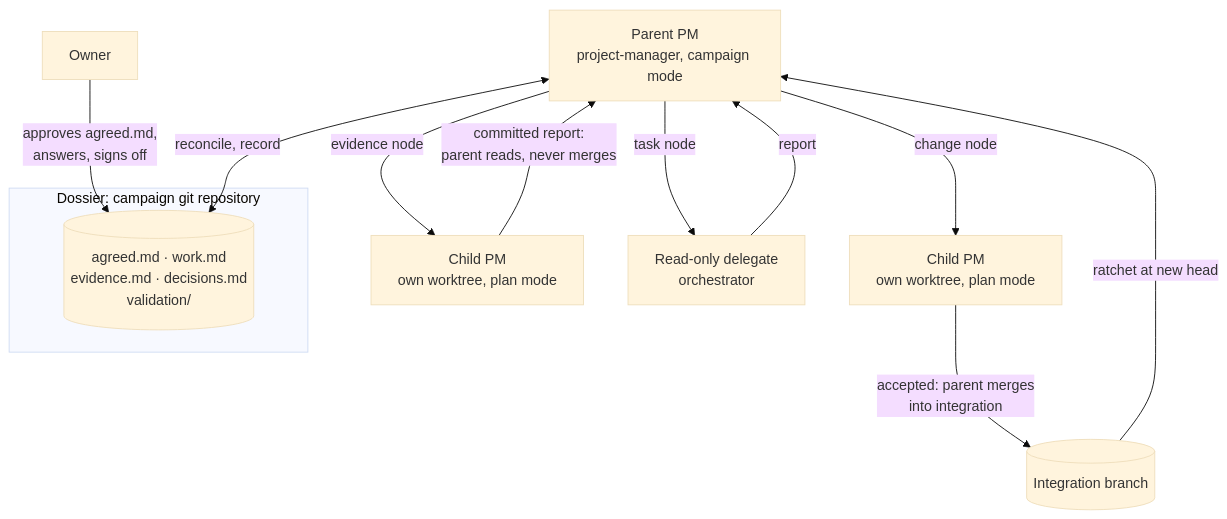
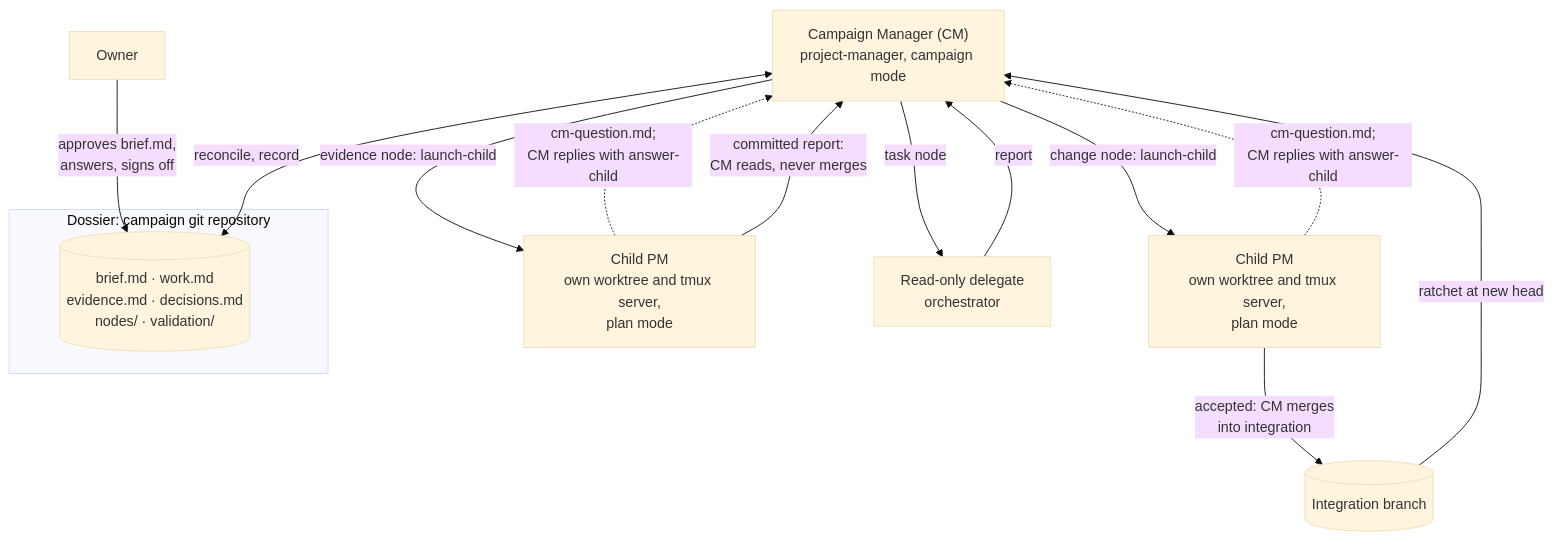
Before and after one commit to darrencroton/mimic: the first of 3 diagrams in docs/dev/MIMIC-MODEL-BUILDER-PROTOTYPE.md, drawn with Mermaid (base theme). The commit also changed other lines of this file and 1 other file, not shown here.

````diff
--- a/docs/dev/MIMIC-MODEL-BUILDER-PROTOTYPE.md
+++ b/docs/dev/MIMIC-MODEL-BUILDER-PROTOTYPE.md
@@ -67,15 +69,16 @@
 ```mermaid
 flowchart TB
-    O["Owner"] -->|"approves agreed.md,<br/>answers, signs off"| DOS
+    O["Owner"] -->|"approves brief.md,<br/>answers, signs off"| DOS
     subgraph D["Dossier: campaign git repository"]
-        DOS[("agreed.md · work.md<br/>evidence.md · decisions.md<br/>validation/")]
+        DOS[("brief.md · work.md<br/>evidence.md · decisions.md<br/>nodes/ · validation/")]
     end
-    P["Parent PM<br/>project-manager, campaign mode"] <-->|"reconcile, record"| DOS
-    P -->|"change node"| C1["Child PM<br/>own worktree, plan mode"]
-    P -->|"evidence node"| C2["Child PM<br/>own worktree, plan mode"]
+    P["Campaign Manager (CM)<br/>project-manager, campaign mode"] <-->|"reconcile, record"| DOS
+    P -->|"change node: launch-child"| C1["Child PM<br/>own worktree and tmux server,<br/>plan mode"]
+    P -->|"evidence node: launch-child"| C2["Child PM<br/>own worktree and tmux server,<br/>plan mode"]
     P -->|"task node"| T["Read-only delegate<br/>orchestrator"]
-    C1 -->|"accepted: parent merges<br/>into integration"| INT[("Integration branch")]
-    C2 -->|"committed report:<br/>parent reads, never merges"| P
+    C1 & C2 -.->|"cm-question.md;<br/>CM replies with answer-child"| P
+    C1 -->|"accepted: CM merges<br/>into integration"| INT[("Integration branch")]
+    C2 -->|"committed report:<br/>CM reads, never merges"| P
     T -->|"report"| P
     INT -->|"ratchet at new head"| P
 ```
````
